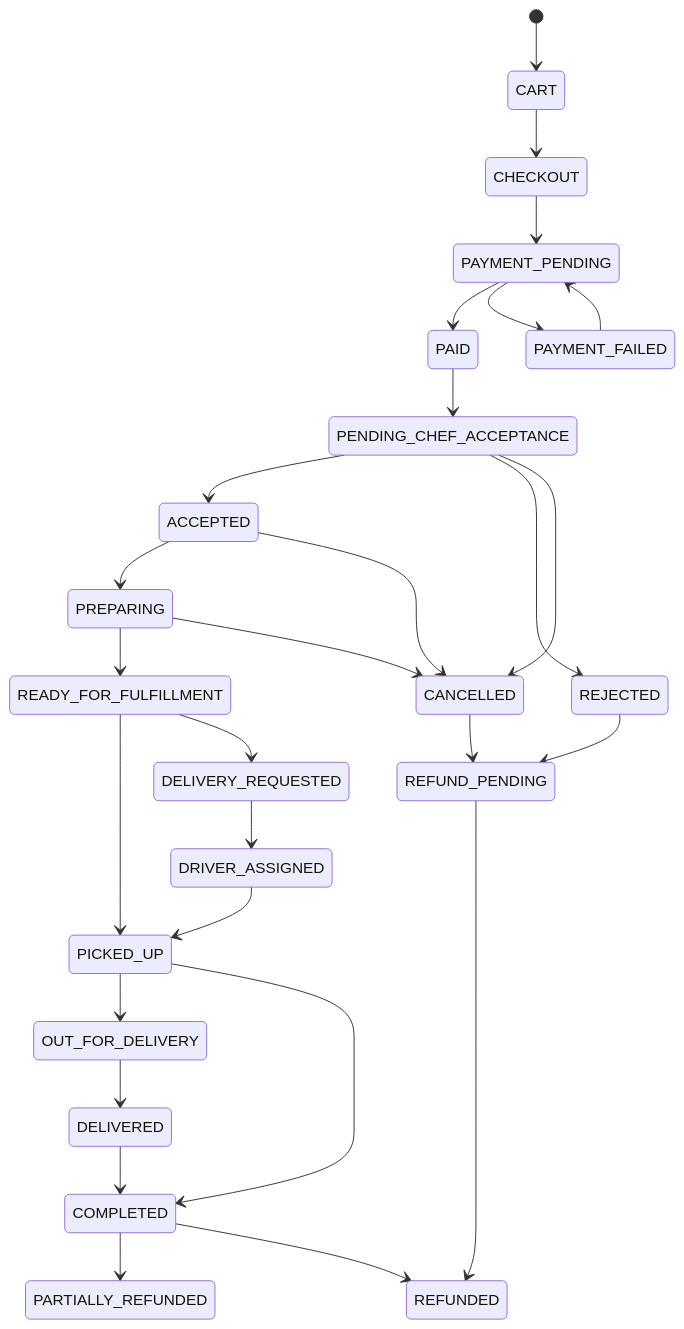
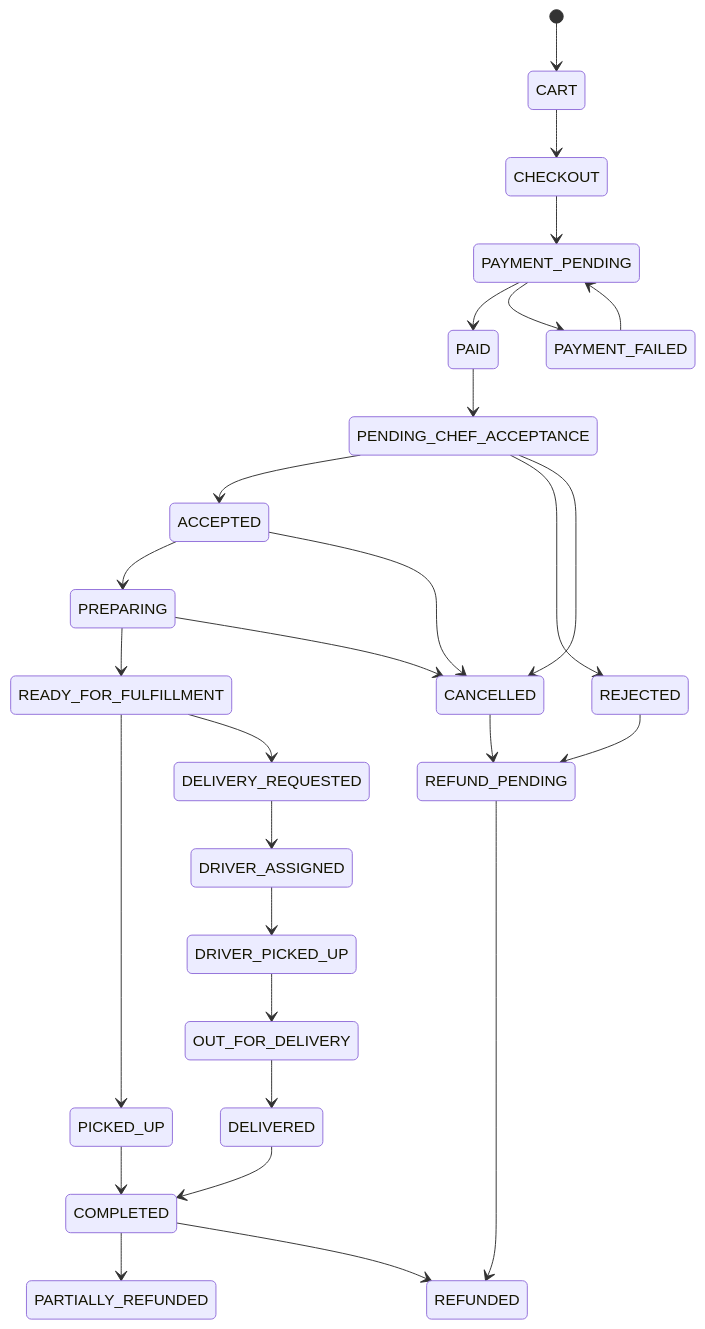
The sixth of 13 diagrams in docs/02-detailed-architecture.md (anshikuper/cheffybites), drawn with Mermaid before and after one commit. The commit also changed other lines of this file and 13 other files, not shown here.

Commit message:
Architecture baseline

````diff
--- a/docs/02-detailed-architecture.md
+++ b/docs/02-detailed-architecture.md
@@ -1711,30 +1783,30 @@
 ```mermaid
 stateDiagram-v2
     [*] --> CART
     CART --> CHECKOUT
     CHECKOUT --> PAYMENT_PENDING
     PAYMENT_PENDING --> PAID
     PAYMENT_PENDING --> PAYMENT_FAILED
     PAYMENT_FAILED --> PAYMENT_PENDING
     PAID --> PENDING_CHEF_ACCEPTANCE
     PENDING_CHEF_ACCEPTANCE --> ACCEPTED
     PENDING_CHEF_ACCEPTANCE --> REJECTED
     ACCEPTED --> PREPARING
     PREPARING --> READY_FOR_FULFILLMENT
     READY_FOR_FULFILLMENT --> PICKED_UP
+    PICKED_UP --> COMPLETED
     READY_FOR_FULFILLMENT --> DELIVERY_REQUESTED
     DELIVERY_REQUESTED --> DRIVER_ASSIGNED
-    DRIVER_ASSIGNED --> PICKED_UP
-    PICKED_UP --> OUT_FOR_DELIVERY
+    DRIVER_ASSIGNED --> DRIVER_PICKED_UP
+    DRIVER_PICKED_UP --> OUT_FOR_DELIVERY
     OUT_FOR_DELIVERY --> DELIVERED
     DELIVERED --> COMPLETED
-    PICKED_UP --> COMPLETED
     PENDING_CHEF_ACCEPTANCE --> CANCELLED
     ACCEPTED --> CANCELLED
     PREPARING --> CANCELLED
     COMPLETED --> PARTIALLY_REFUNDED
     COMPLETED --> REFUNDED
     CANCELLED --> REFUND_PENDING
     REJECTED --> REFUND_PENDING
     REFUND_PENDING --> REFUNDED
 ```
````
